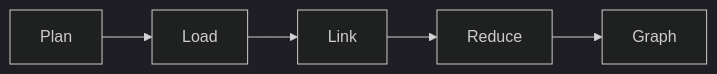
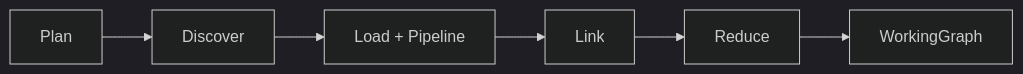
One commit to Timwood0x10/ARES changed the first of 2 diagrams in docs/articles/en/18-knowledge-graph-build.md. Above: the diagram before and after it, drawn with Mermaid (dark theme). The commit also changed other lines of this file and 2423 other files, not shown here.

````diff
--- a/docs/articles/en/18-knowledge-graph-build.md
+++ b/docs/articles/en/18-knowledge-graph-build.md
@@ -29,7 +31,8 @@
 ```mermaid
 flowchart LR
-    P[Plan] --> L[Load]
+    P[Plan] --> D[Discover]
+    D --> L[Load + Pipeline]
     L --> LI[Link]
     LI --> R[Reduce]
-    R --> G[Graph]
+    R --> G[WorkingGraph]
 ```
````
